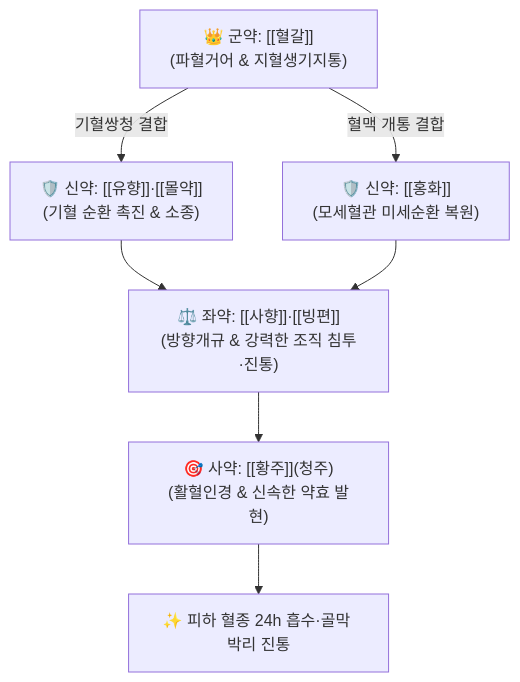
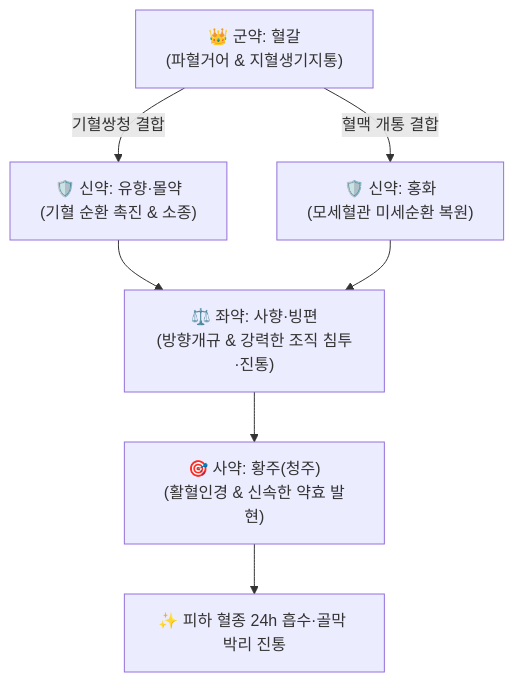
One commit to simbio11/simbio-digital-garden2 changed the diagram in content/2. 약리 공부/처방/05_활혈거어·지혈제/칠리산.md. Above: the diagram before and after it, drawn with Mermaid. The commit also changed other lines of this file and 105 other files, not shown here.

````diff
--- a/content/2. 약리 공부/처방/05_활혈거어·지혈제/칠리산.md
+++ b/content/2. 약리 공부/처방/05_활혈거어·지혈제/칠리산.md
@@ -65,9 +66,9 @@
 ```mermaid
 graph TD
-    Gun["👑 군약: [[혈갈]]<br>(파혈거어 & 지혈생기지통)"] -->|기혈쌍청 결합| Sin1["🛡️ 신약: [[유향]]·[[몰약]]<br>(기혈 순환 촉진 & 소종)"]
-    Gun -->|혈맥 개통 결합| Sin2["🛡️ 신약: [[홍화]]<br>(모세혈관 미세순환 복원)"]
-    Sin1 --> Jwa["⚖️ 좌약: [[사향]]·[[빙편]]<br>(방향개규 & 강력한 조직 침투·진통)"]
+    Gun["👑 군약: 혈갈<br>(파혈거어 & 지혈생기지통)"] -->|기혈쌍청 결합| Sin1["🛡️ 신약: 유향·몰약<br>(기혈 순환 촉진 & 소종)"]
+    Gun -->|혈맥 개통 결합| Sin2["🛡️ 신약: 홍화<br>(모세혈관 미세순환 복원)"]
+    Sin1 --> Jwa["⚖️ 좌약: 사향·빙편<br>(방향개규 & 강력한 조직 침투·진통)"]
     Sin2 --> Jwa
-    Jwa --> Sa["🎯 사약: [[황주]](청주)<br>(활혈인경 & 신속한 약효 발현)"]
+    Jwa --> Sa["🎯 사약: 황주(청주)<br>(활혈인경 & 신속한 약효 발현)"]
     Sa --> Target["✨ 피하 혈종 24h 흡수·골막 박리 진통"]
 ```
````
